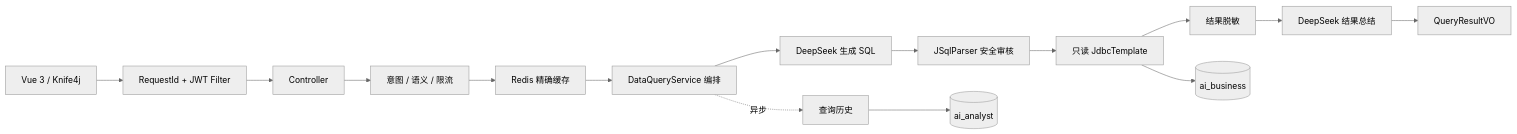
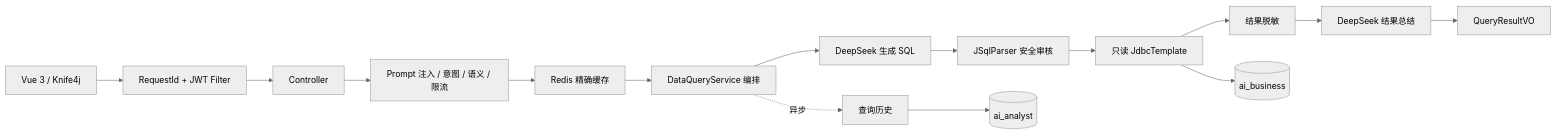
The first of 3 diagrams in docs/day26-project-review-study-guide.md (Bichuan/1-mysql-ai-analyst-ai-business), drawn with Mermaid (neutral theme) before and after one commit. The commit also changed other lines of this file and 17 other files, not shown here.

````diff
--- a/docs/day26-project-review-study-guide.md
+++ b/docs/day26-project-review-study-guide.md
@@ -32,17 +32,17 @@
 ```mermaid
 flowchart LR
     Browser["Vue 3 / Knife4j"] --> Filter["RequestId + JWT Filter"]
     Filter --> Controller["Controller"]
-    Controller --> Guard["意图 / 语义 / 限流"]
+    Controller --> Guard["Prompt 注入 / 意图 / 语义 / 限流"]
     Guard --> Cache["Redis 精确缓存"]
     Cache --> Orchestrator["DataQueryService 编排"]
     Orchestrator --> LLM1["DeepSeek 生成 SQL"]
     LLM1 --> Audit["JSqlParser 安全审核"]
     Audit --> ReadDB["只读 JdbcTemplate"]
     ReadDB --> Mask["结果脱敏"]
     Mask --> LLM2["DeepSeek 结果总结"]
     LLM2 --> Response["QueryResultVO"]
     Orchestrator -.异步.-> History["查询历史"]
     History --> SystemDB[("ai_analyst")]
     ReadDB --> BusinessDB[("ai_business")]
 ```
````
